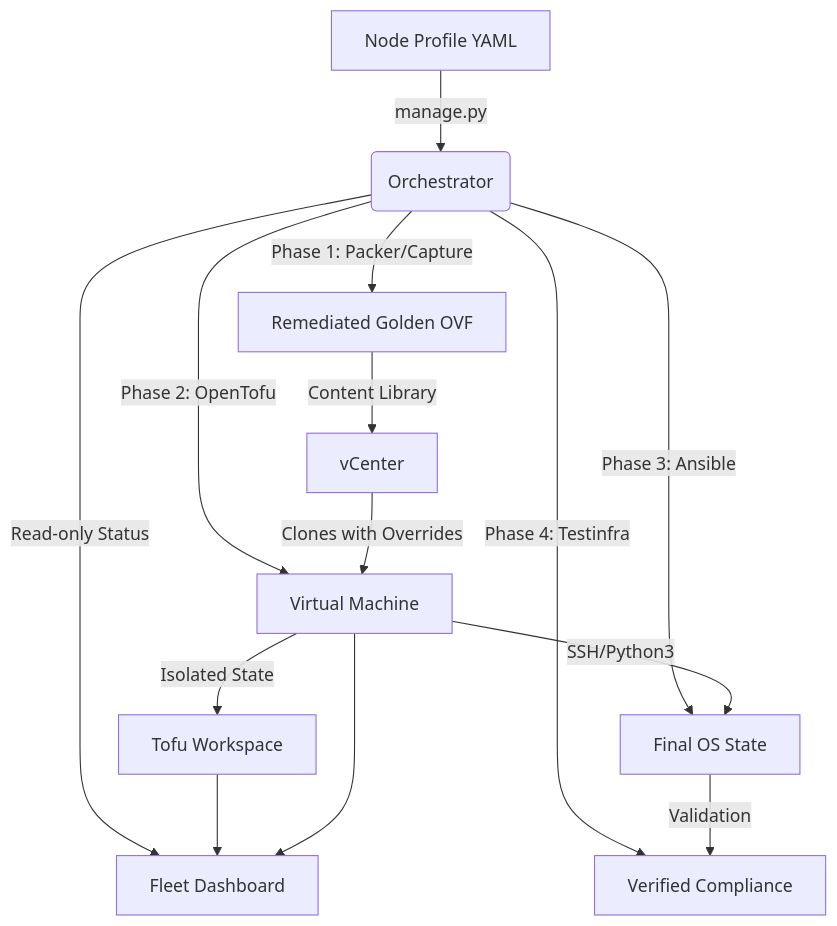
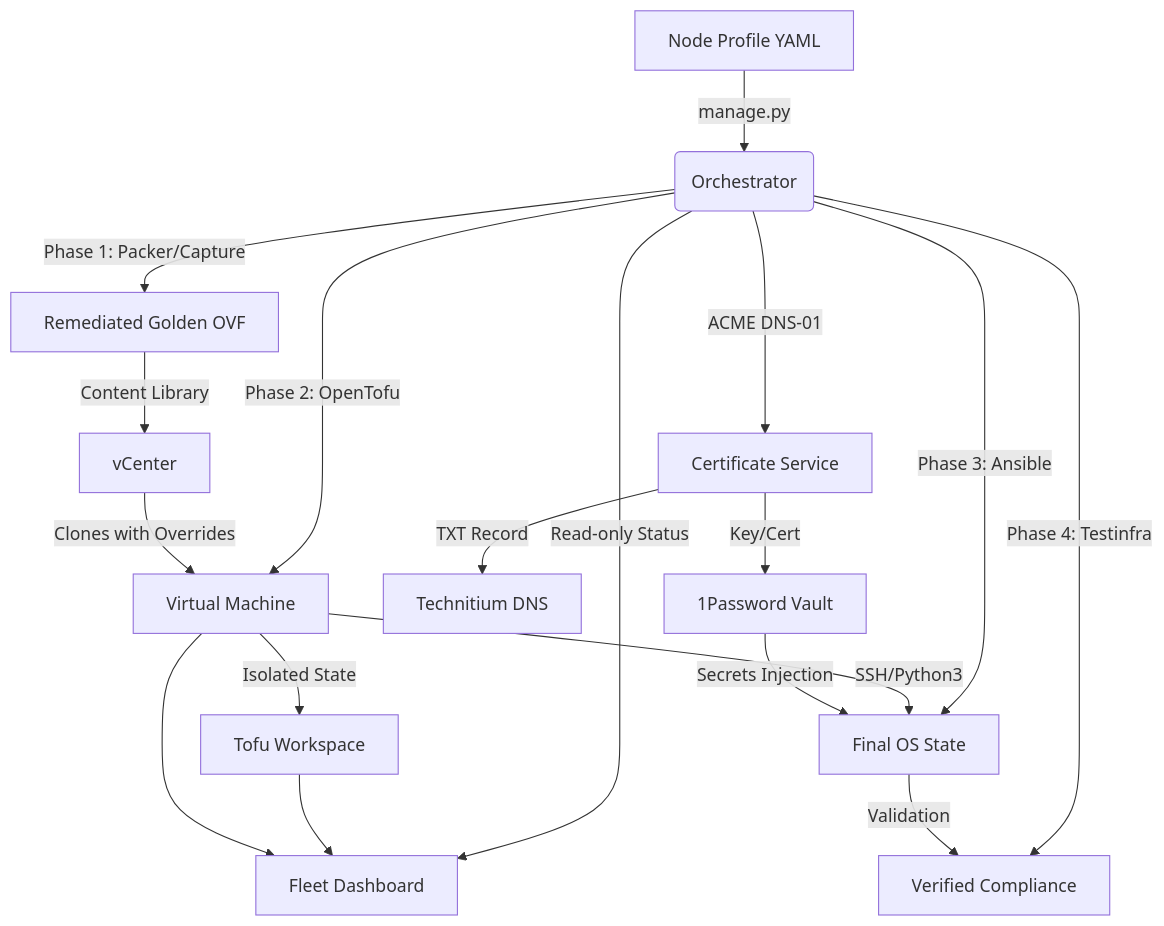
Before and after one commit to echoares-lab/homelab-gitops: the diagram in docs/DESIGN.md, drawn with Mermaid. The commit also changed 13 other files, not shown here.

Commit message:
docs: document Internal ACME Certificate Authority feature

````diff
--- a/docs/DESIGN.md
+++ b/docs/DESIGN.md
@@ -9,16 +9,20 @@
 ```mermaid
 graph TD
     A[Node Profile YAML] -->|manage.py| B(Orchestrator)
     B -->|Phase 1: Packer/Capture| C[Remediated Golden OVF]
     C -->|Content Library| D[vCenter]
     B -->|Phase 2: OpenTofu| E[Virtual Machine]
     D -->|Clones with Overrides| E
     E -->|Isolated State| Workspace[Tofu Workspace]
     B -->|Phase 3: Ansible| F[Final OS State]
     E -->|SSH/Python3| F
     B -->|Phase 4: Testinfra| G[Verified Compliance]
     F -->|Validation| G
     B -->|Read-only Status| H[Fleet Dashboard]
     Workspace --> H
     E --> H
+    B -->|ACME DNS-01| I[Certificate Service]
+    I -->|TXT Record| J[Technitium DNS]
+    I -->|Key/Cert| K[1Password Vault]
+    K -->|Secrets Injection| F
 ```
````
